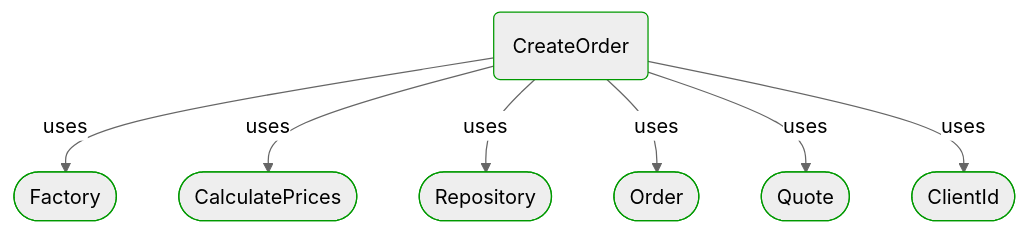
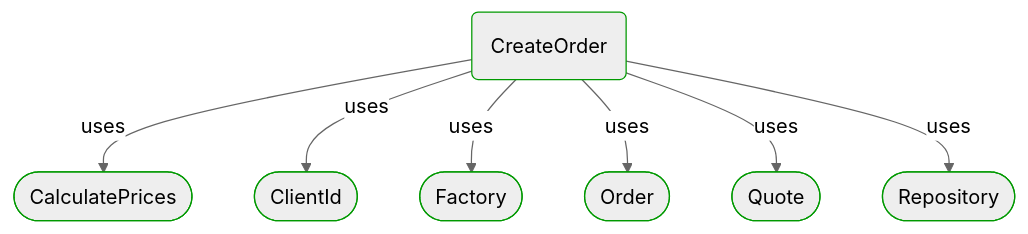
Before and after one commit to itlibrium/DDD-starter-dotnet: the second of 4 diagrams in Docs/P3/MermaidOutput/ProcessSteps/Sale/Wholesale ordering/CreateOrder.md, drawn with Mermaid (neutral theme). The commit also changed 78 other files, not shown here.

````diff
--- a/Docs/P3/MermaidOutput/ProcessSteps/Sale/Wholesale ordering/CreateOrder.md
+++ b/Docs/P3/MermaidOutput/ProcessSteps/Sale/Wholesale ordering/CreateOrder.md
@@ -37,26 +37,26 @@
 ```mermaid
   flowchart TB
     0(CreateOrder)
     class 0 DomainPerspective
-    1([Factory])
+    1([CalculatePrices])
     class 1 DomainPerspective
     0-->|uses|1
-    2([CalculatePrices])
+    2([ClientId])
     class 2 DomainPerspective
     0-->|uses|2
-    3([Repository])
+    3([Factory])
     class 3 DomainPerspective
     0-->|uses|3
     4([Order])
     class 4 DomainPerspective
     0-->|uses|4
     5([Quote])
     class 5 DomainPerspective
     0-->|uses|5
-    6([ClientId])
+    6([Repository])
     class 6 DomainPerspective
     0-->|uses|6
     classDef DomainPerspective stroke:#009900
     classDef TechnologyPerspective stroke:#1F41EB
     classDef PeoplePerspective stroke:#FFF014
 ```
````
